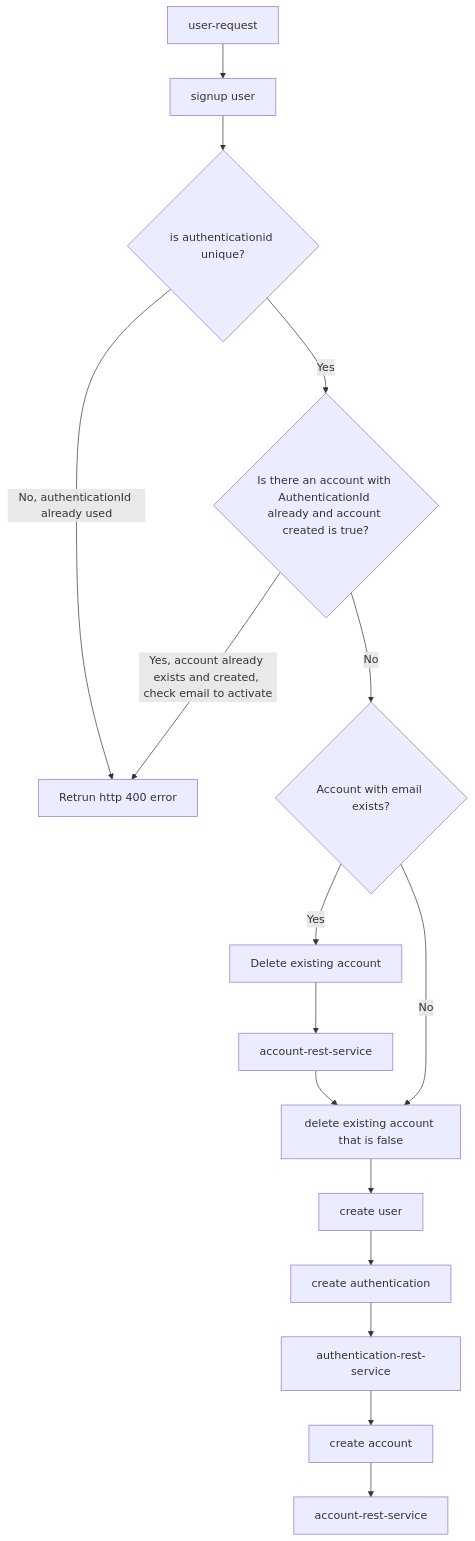
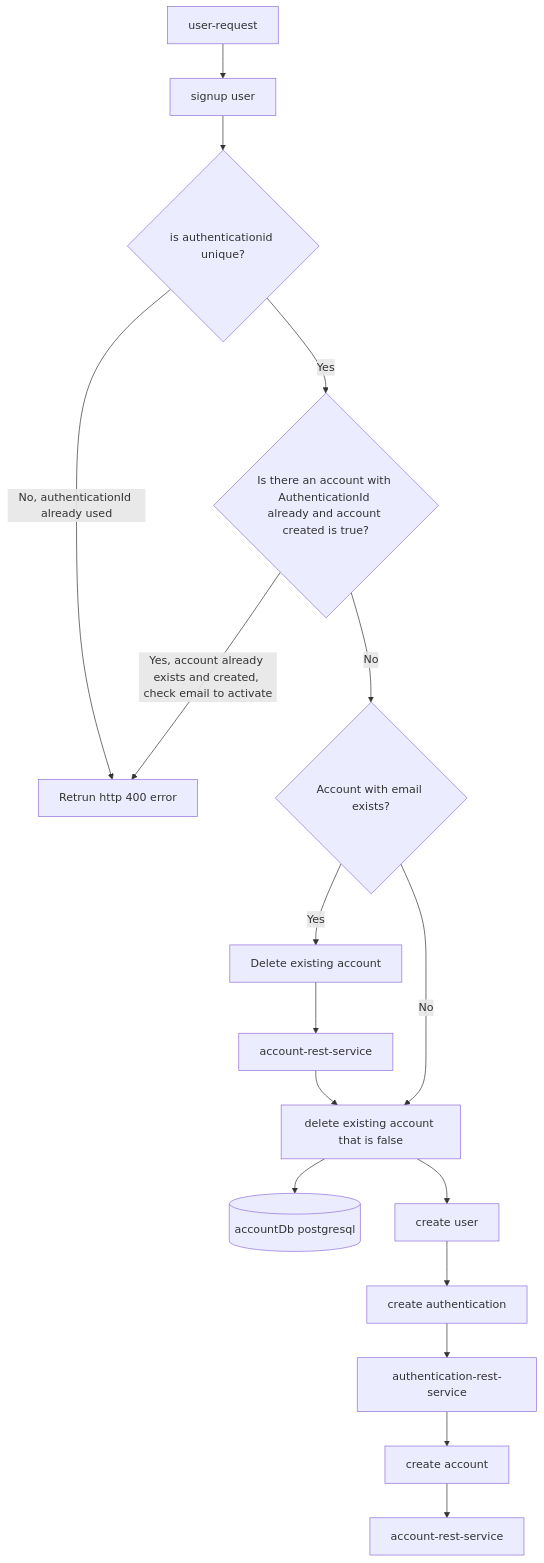
Before and after one commit to sonamsamdupkhangsar/user-rest-service: the third of 3 diagrams in README.md, drawn with Mermaid.

Commit message:
add flowchart

````diff
--- a/README.md
+++ b/README.md
@@ -97,18 +97,19 @@
 ```mermaid
 flowchart TD
   User[user-request] --> user-rest-service[signup user]
   user-rest-service --> isAuthenticationIdUnique{is authenticationid unique?}
   isAuthenticationIdUnique -->|No, authenticationId already used| returnError[Retrun http 400 error]
   isAuthenticationIdUnique -->|Yes| accountExistsByAuthenticationIdAndTrue{Is there an account with AuthenticationId already and account created is true?}
   accountExistsByAuthenticationIdAndTrue -->|Yes, account already exists and created, check email to activate| returnError
   accountExistsByAuthenticationIdAndTrue -->|No| accountWithEmailExists{Account with email exists?}
   accountWithEmailExists -->|Yes| deleteAccount[Delete existing account]
   deleteAccount --> deleteExistingAccount[account-rest-service]
   deleteExistingAccount -->  deleteByAuthenticationIdAndActiveFalse
   accountWithEmailExists -->|No| deleteByAuthenticationIdAndActiveFalse[delete existing account that is false]
+  deleteByAuthenticationIdAndActiveFalse --> accountDb[(accountDb postgresql)]
   deleteByAuthenticationIdAndActiveFalse --> saveUser[create user]
   saveUser --> createAuthentication[create authentication]
   createAuthentication --> authentication-rest-service
   authentication-rest-service --> createAccount[create account]
   createAccount --> account-rest-service
 ```
````
